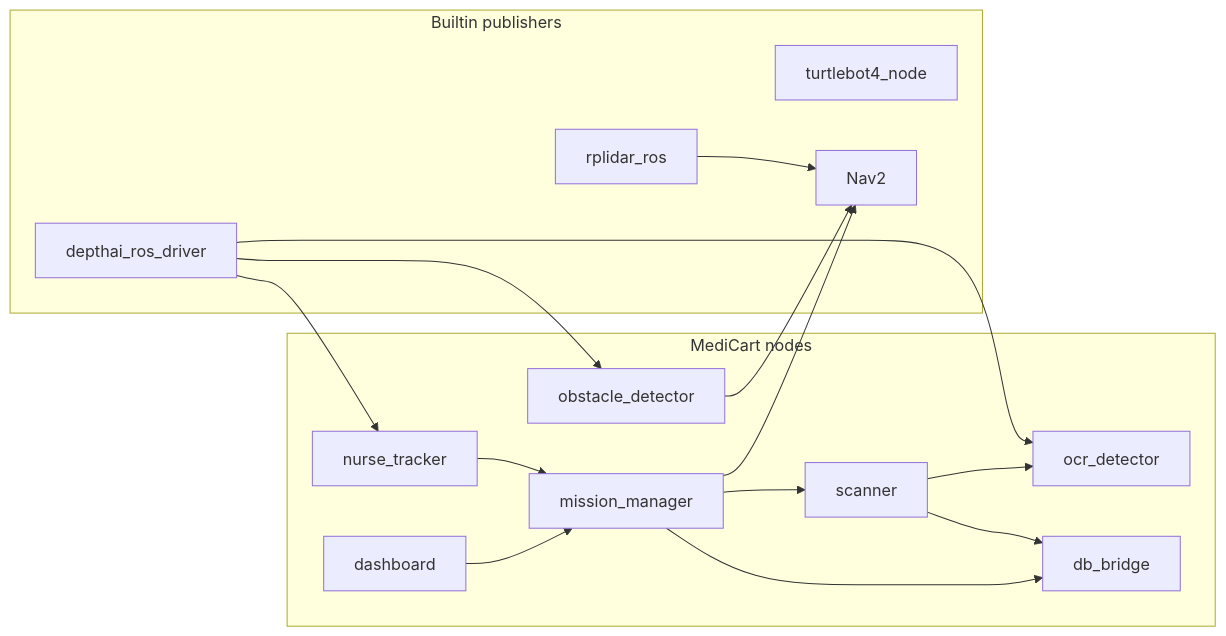
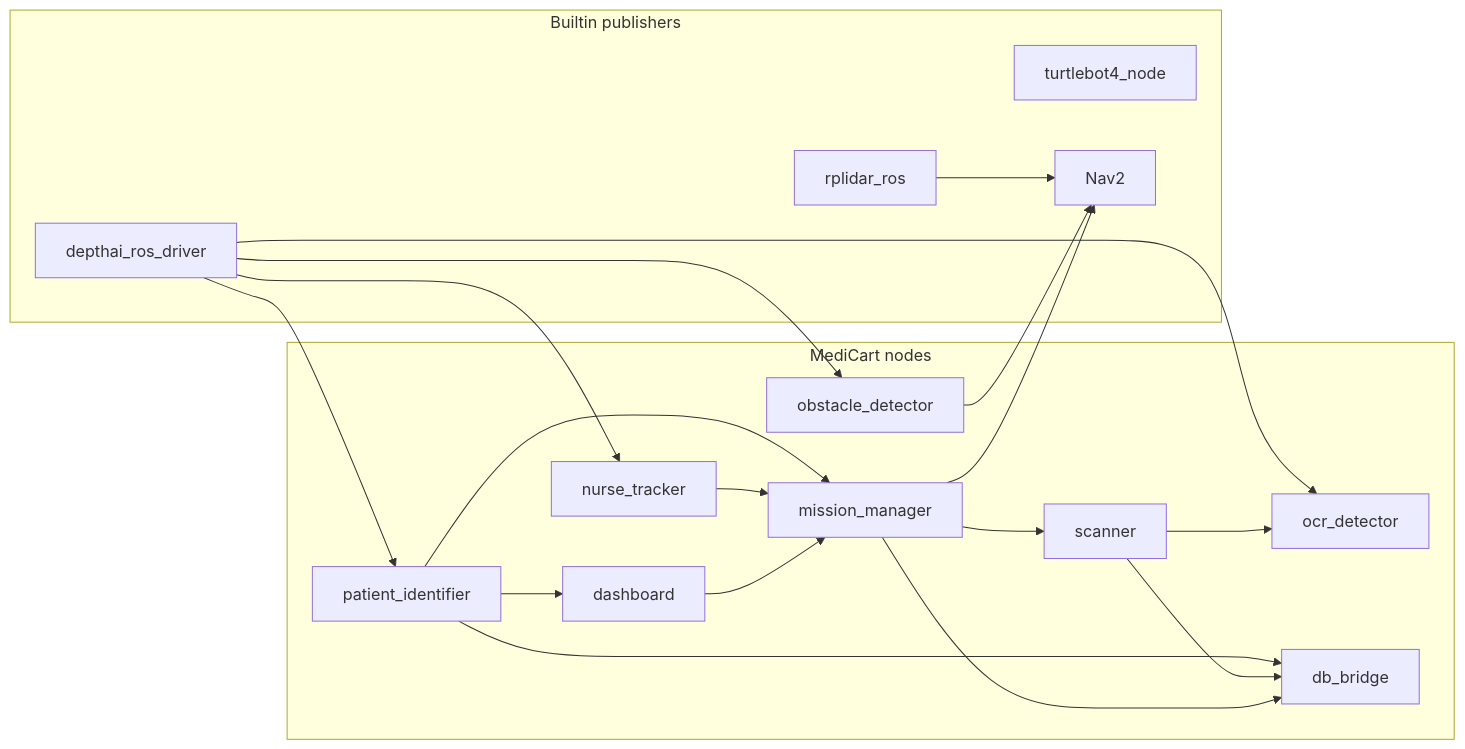
The diagram in docs/architecture/03_ros2_interfaces.md (yevettee/MediCart), drawn with Mermaid before and after one commit. The commit also changed other lines of this file and 24 other files, not shown here.

First line of the commit message:
patient_identifier 패키지 추가 및 시나리오 A(순찰) 정합성 반영

````diff
--- a/docs/architecture/03_ros2_interfaces.md
+++ b/docs/architecture/03_ros2_interfaces.md
@@ -25,30 +26,35 @@
 ```mermaid
 flowchart LR
     subgraph builtin [Builtin publishers]
         oak[depthai_ros_driver]
         lidar[rplidar_ros]
         tb[turtlebot4_node]
         nav[Nav2]
     end
     subgraph medi [MediCart nodes]
+        pi[patient_identifier]
         nt[nurse_tracker]
         od[obstacle_detector]
         ocr[ocr_detector]
         mm[mission_manager]
         dash[dashboard]
         sc[scanner]
         db[db_bridge]
     end
+    oak --> pi
     oak --> nt
     oak --> od
     oak --> ocr
     lidar --> nav
     od --> nav
+    pi --> mm
+    pi --> dash
+    pi --> db
     nt --> mm
     dash --> mm
     mm --> nav
     mm --> sc
     sc --> ocr
     sc --> db
     mm --> db
 ```
````
